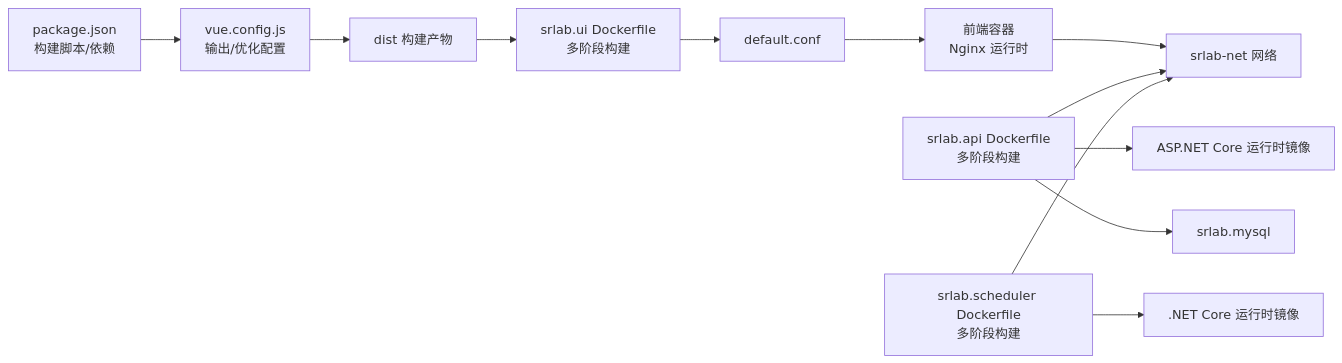
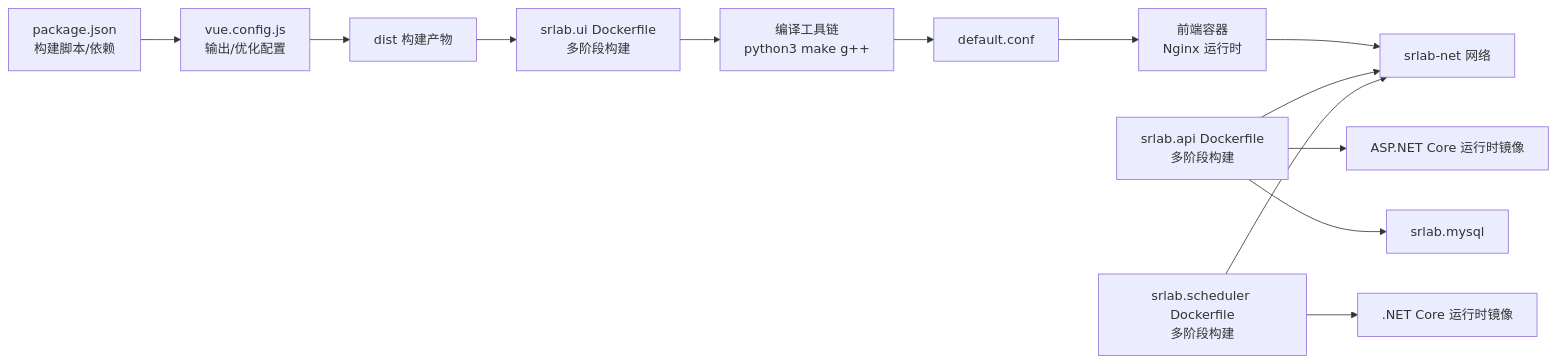
One commit to TinyMaD/SpeedRunnersLab changed the sixth of 6 diagrams in .qoder/repowiki/zh/content/前端应用/构建部署/Docker 容器化.md. Above: the diagram before and after it, drawn with Mermaid. The commit also changed other lines of this file and 13 other files, not shown here.

Commit message:
feat(deploy): 新增部署迁移脚本与图表交互优化

````diff
--- a/.qoder/repowiki/zh/content/前端应用/构建部署/Docker 容器化.md
+++ b/.qoder/repowiki/zh/content/前端应用/构建部署/Docker 容器化.md
@@ -308,14 +321,15 @@
 ```mermaid
 graph LR
 Pkg["package.json<br/>构建脚本/依赖"] --> VC["vue.config.js<br/>输出/优化配置"]
 VC --> Dist["dist 构建产物"]
 Dist --> DFUI["srlab.ui Dockerfile<br/>多阶段构建"]
-DFUI --> NConf["default.conf"]
+DFUI --> Tools["编译工具链<br/>python3 make g++"]
+Tools --> NConf["default.conf"]
 NConf --> UI["前端容器<br/>Nginx 运行时"]
 API["srlab.api Dockerfile<br/>多阶段构建"] --> APIImg["ASP.NET Core 运行时镜像"]
 Sched["srlab.scheduler Dockerfile<br/>多阶段构建"] --> SchedImg[".NET Core 运行时镜像"]
 UI --> Net["srlab-net 网络"]
 API --> Net
 Sched --> Net
 API --> MySQL["srlab.mysql"]
 ```
````
